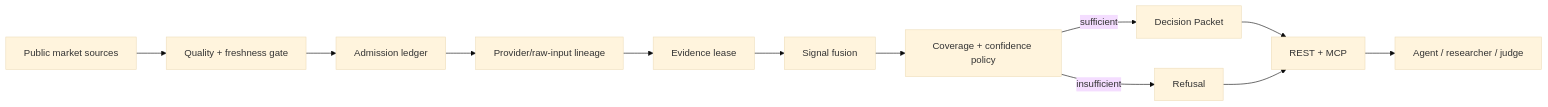
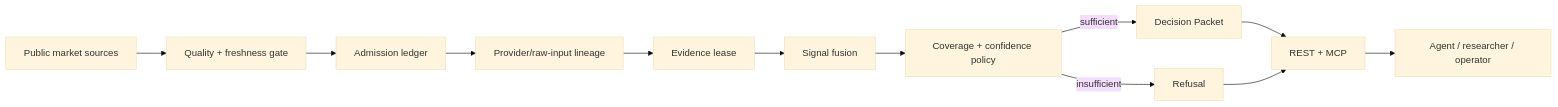
One commit to Faadil1/signalforge changed the diagram in docs/ARCHITECTURE.md. Above: the diagram before and after it, drawn with Mermaid (base theme). The commit also changed other lines of this file, not shown here.

Commit message:
docs: remove internal judge surface from architecture

````diff
--- a/docs/ARCHITECTURE.md
+++ b/docs/ARCHITECTURE.md
@@ -7,14 +7,14 @@
 ```mermaid
 flowchart LR
     S[Public market sources] --> Q[Quality + freshness gate]
     Q --> A[Admission ledger]
     A --> L[Provider/raw-input lineage]
     L --> E[Evidence lease]
     E --> F[Signal fusion]
     F --> P[Coverage + confidence policy]
     P -->|sufficient| D[Decision Packet]
     P -->|insufficient| R[Refusal]
     D --> I[REST + MCP]
     R --> I
-    I --> C[Agent / researcher / judge]
+    I --> C[Agent / researcher / operator]
 ```
````
